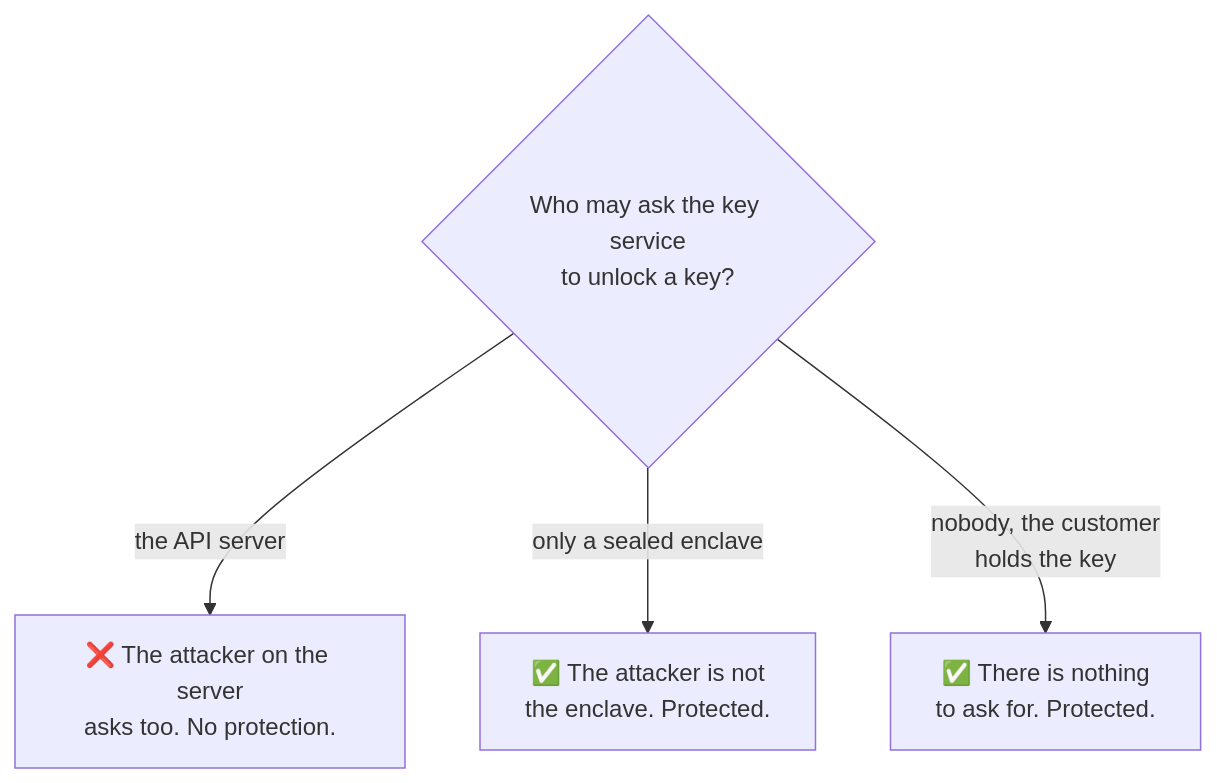
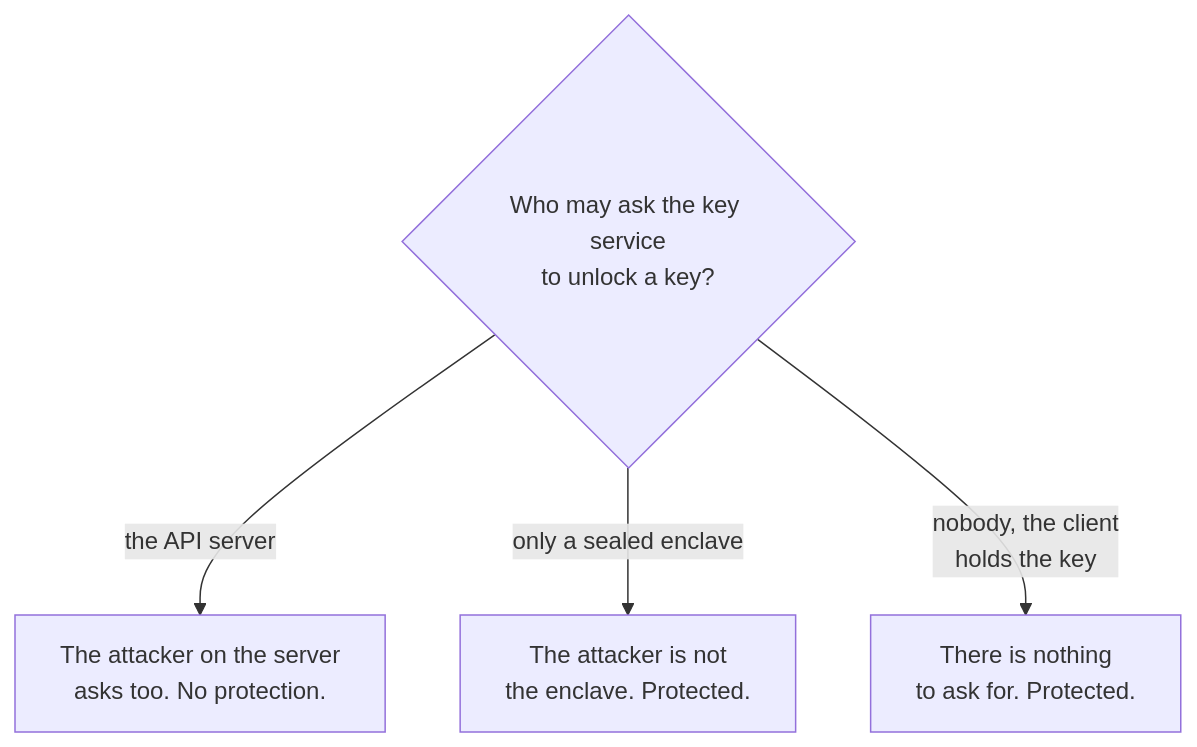
Diagram 13 of 16 in src/content/blog/2026-11-12--sharing-encrypted-documents-without-trusting-your-server.md (kigster/kigre-astro), drawn with Mermaid before and after one commit. The commit also changed other lines of this file and 4 other files, not shown here.

````diff
--- a/src/content/blog/2026-11-12--sharing-encrypted-documents-without-trusting-your-server.md
+++ b/src/content/blog/2026-11-12--sharing-encrypted-documents-without-trusting-your-server.md
@@ -459,10 +519,10 @@
 ```mermaid
 flowchart TD
     Q{"Who may ask the key service<br/>to unlock a key?"}
-    A["❌ The attacker on the server<br/>asks too. No protection."]
-    B["✅ The attacker is not<br/>the enclave. Protected."]
-    C["✅ There is nothing<br/>to ask for. Protected."]
+    A["The attacker on the server<br/>asks too. No protection."]
+    B["The attacker is not<br/>the enclave. Protected."]
+    C["There is nothing<br/>to ask for. Protected."]
     Q -->|"the API server"| A
     Q -->|"only a sealed enclave"| B
-    Q -->|"nobody, the customer<br/>holds the key"| C
+    Q -->|"nobody, the client<br/>holds the key"| C
 ```
````
